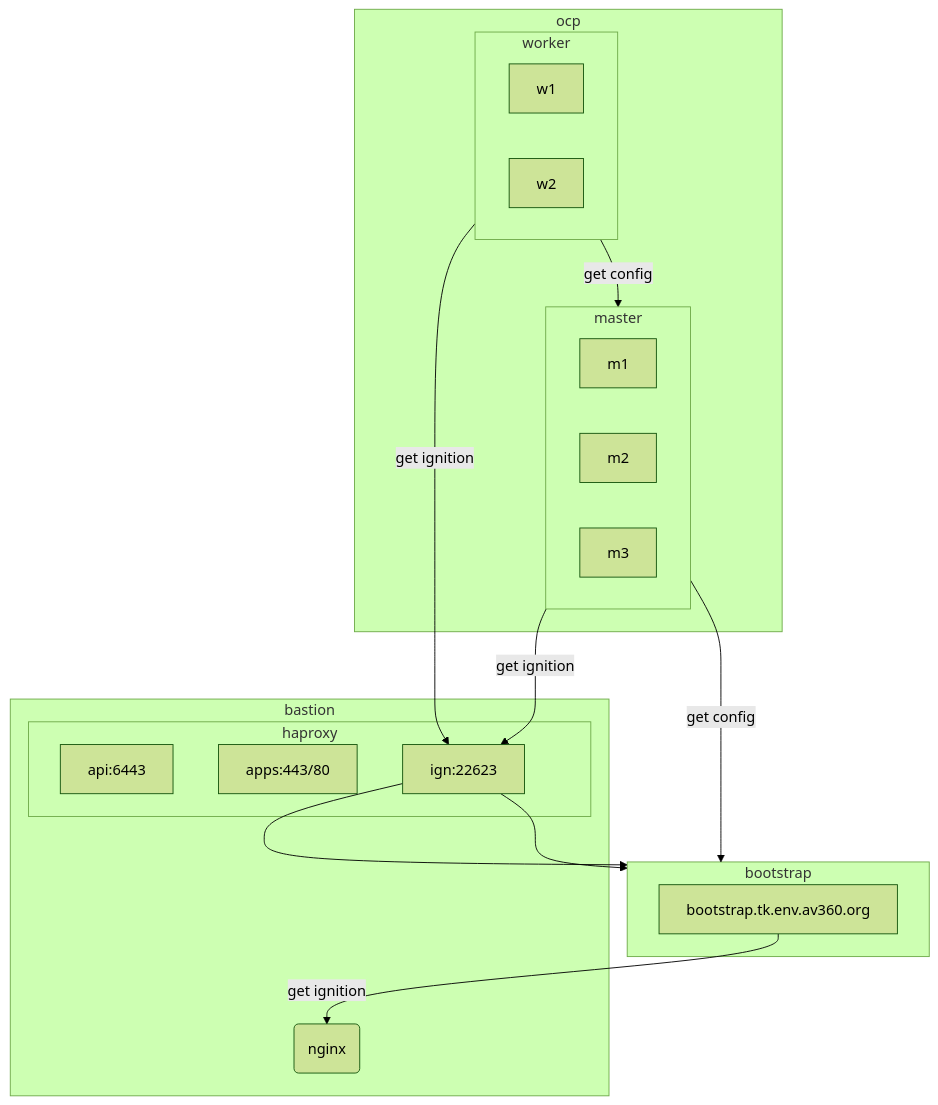
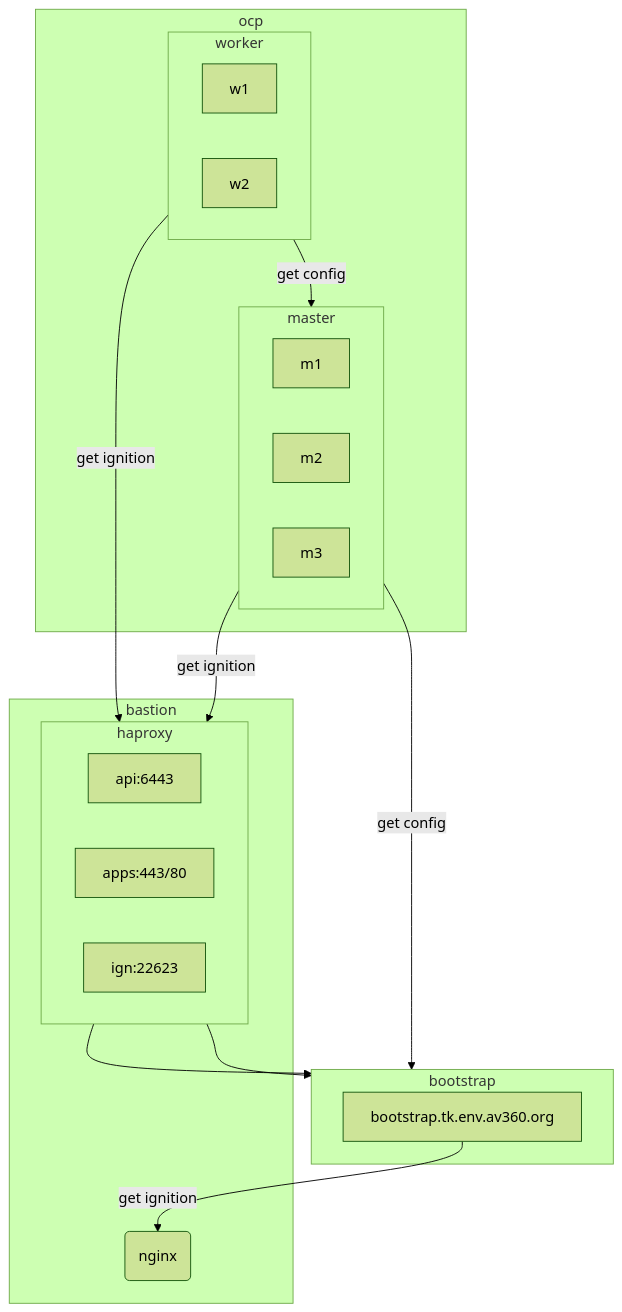
Before and after one commit to tkops/ocp4: the diagram in README.md, drawn with Mermaid (forest theme).

````diff
--- a/README.md
+++ b/README.md
@@ -3,29 +3,29 @@
 ```mermaid
 flowchart TD
     subgraph ocp
        subgraph master
            m1;m2;m3
         end
         subgraph worker
           w1;w2
         end
     end
     subgraph bootstrap
       b1[bootstrap.tk.env.av360.org]
     end
     subgraph bastion
       n1(nginx)
       subgraph haproxy
          h1[api:6443]
          h2[apps:443/80]
          h3[ign:22623]
       end
     end
     b1 --get ignition--> n1
-    master --get ignition--> h3 --> bootstrap
+    master --get ignition--> haproxy --> bootstrap
     master --get config--> bootstrap
-    worker --get ignition--> h3 --> bootstrap
+    worker --get ignition--> haproxy --> bootstrap
     worker --get config--> master
 
     
 ```
````
